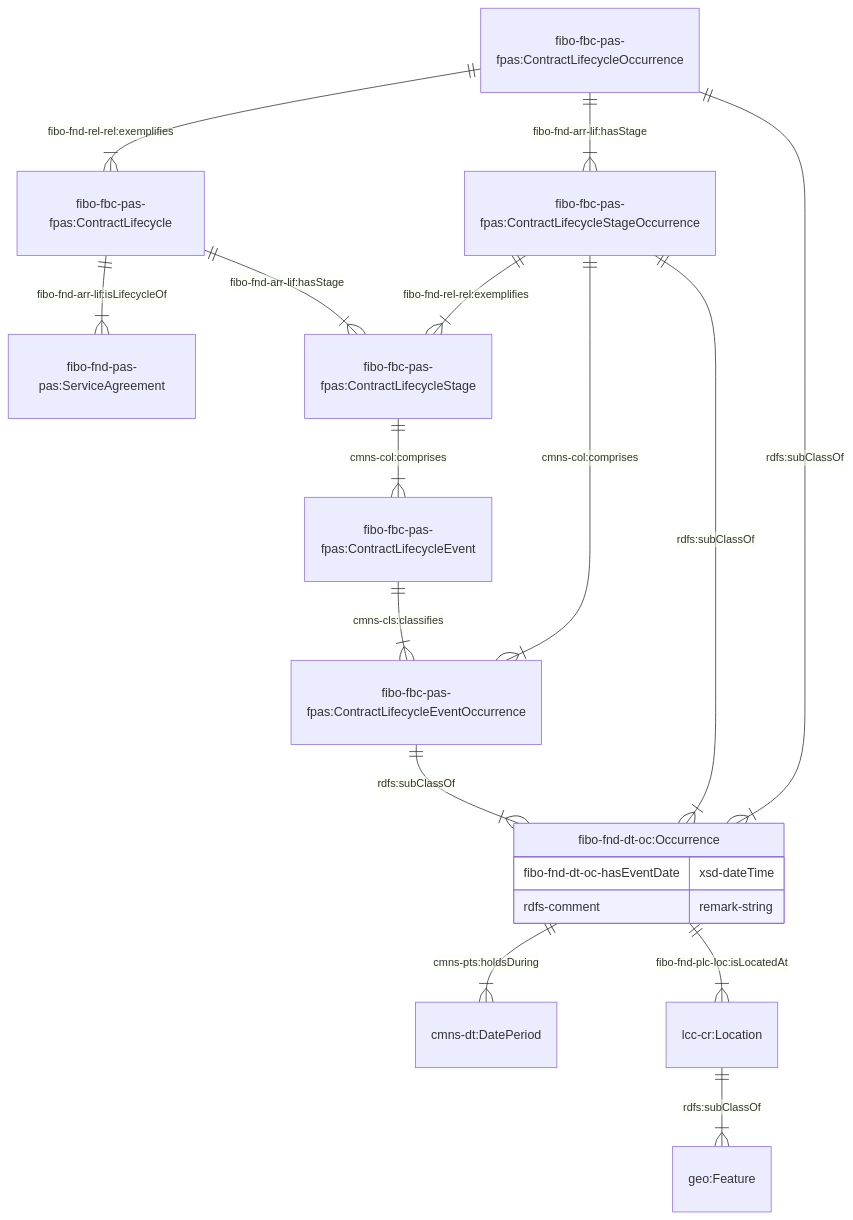
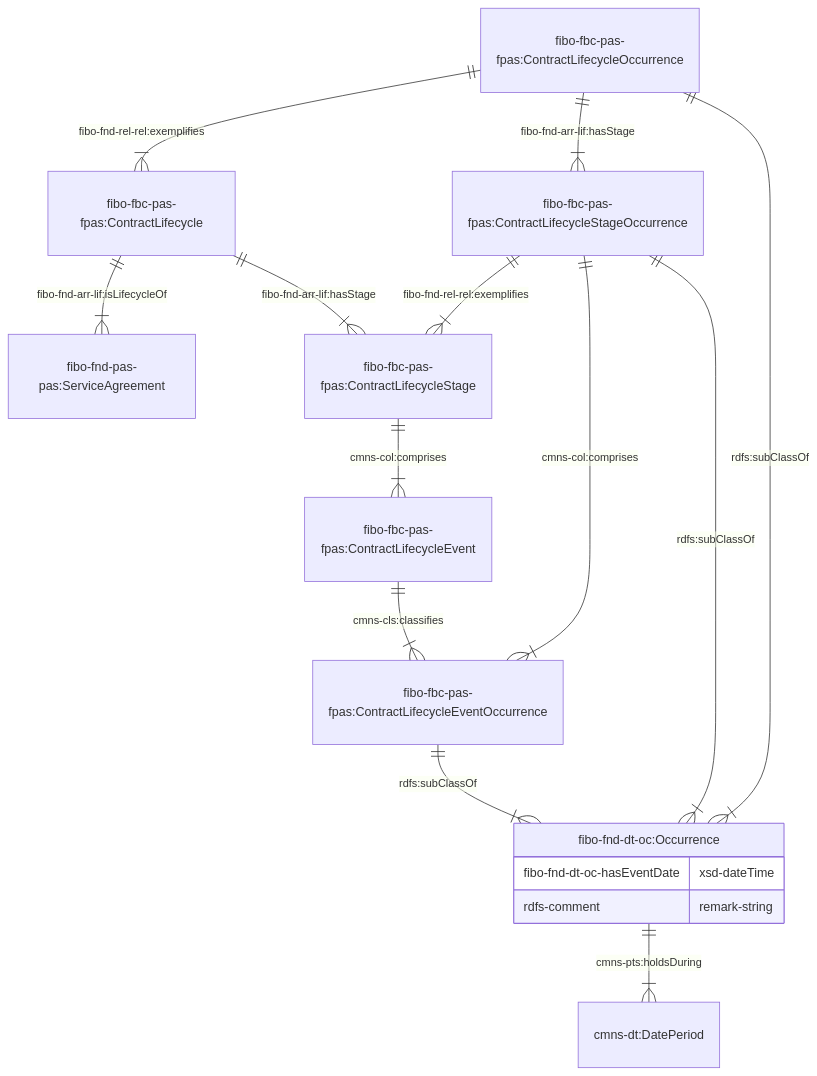
One commit to cambridge-cares/TheWorldAvatar changed the fourth of 8 diagrams in JPS_Ontology/ontology/ontoservice/README.md. Above: the diagram before and after it, drawn with Mermaid. The commit also changed other lines of this file, not shown here.

````diff
--- a/JPS_Ontology/ontology/ontoservice/README.md
+++ b/JPS_Ontology/ontology/ontoservice/README.md
@@ -168,26 +168,24 @@
 ```mermaid
     erDiagram
     "fibo-fbc-pas-fpas:ContractLifecycle" ||--|{ "fibo-fnd-pas-pas:ServiceAgreement" : "fibo-fnd-arr-lif:isLifecycleOf"
     "fibo-fbc-pas-fpas:ContractLifecycleOccurrence" ||--|{ "fibo-fbc-pas-fpas:ContractLifecycle" : "fibo-fnd-rel-rel:exemplifies"
     "fibo-fbc-pas-fpas:ContractLifecycleOccurrence" ||--|{ "fibo-fbc-pas-fpas:ContractLifecycleStageOccurrence" : "fibo-fnd-arr-lif:hasStage"
     "fibo-fbc-pas-fpas:ContractLifecycleStageOccurrence" ||--|{ "fibo-fbc-pas-fpas:ContractLifecycleStage" : "fibo-fnd-rel-rel:exemplifies"
     "fibo-fbc-pas-fpas:ContractLifecycleStageOccurrence" ||--|{ "fibo-fbc-pas-fpas:ContractLifecycleEventOccurrence" : "cmns-col:comprises"
 
     "fibo-fbc-pas-fpas:ContractLifecycle" ||--|{ "fibo-fbc-pas-fpas:ContractLifecycleStage" : "fibo-fnd-arr-lif:hasStage"
 
     "fibo-fbc-pas-fpas:ContractLifecycleStage" ||--|{ "fibo-fbc-pas-fpas:ContractLifecycleEvent" : "cmns-col:comprises"
     "fibo-fbc-pas-fpas:ContractLifecycleEvent" ||--|{ "fibo-fbc-pas-fpas:ContractLifecycleEventOccurrence" : "cmns-cls:classifies"
 
     "fibo-fbc-pas-fpas:ContractLifecycleOccurrence" ||--|{ "fibo-fnd-dt-oc:Occurrence" : "rdfs:subClassOf"
     "fibo-fbc-pas-fpas:ContractLifecycleStageOccurrence" ||--|{ "fibo-fnd-dt-oc:Occurrence" : "rdfs:subClassOf"
     "fibo-fbc-pas-fpas:ContractLifecycleEventOccurrence" ||--|{ "fibo-fnd-dt-oc:Occurrence" : "rdfs:subClassOf"
 
     "fibo-fnd-dt-oc:Occurrence" ||--|{ " cmns-dt:DatePeriod" : "cmns-pts:holdsDuring"
-    "fibo-fnd-dt-oc:Occurrence" ||--|{ "lcc-cr:Location" : "fibo-fnd-plc-loc:isLocatedAt"
-    "lcc-cr:Location" ||--|{ "geo:Feature" : "rdfs:subClassOf"
 
     "fibo-fnd-dt-oc:Occurrence" {
         fibo-fnd-dt-oc-hasEventDate xsd-dateTime
         rdfs-comment remark-string
     }
 ```
````
